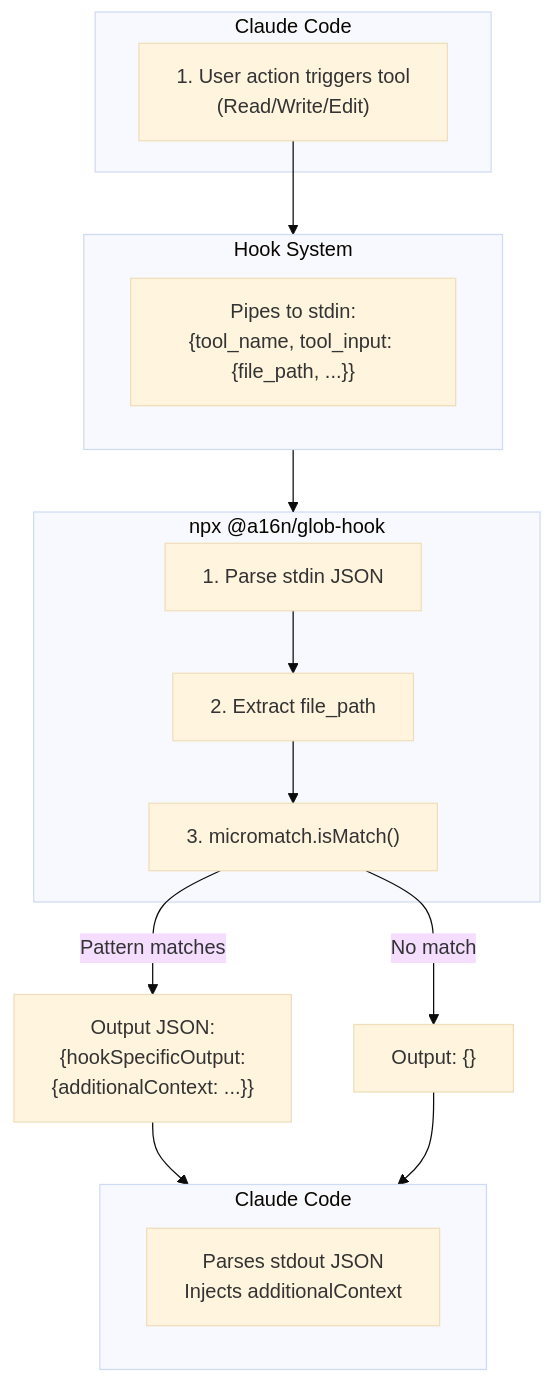
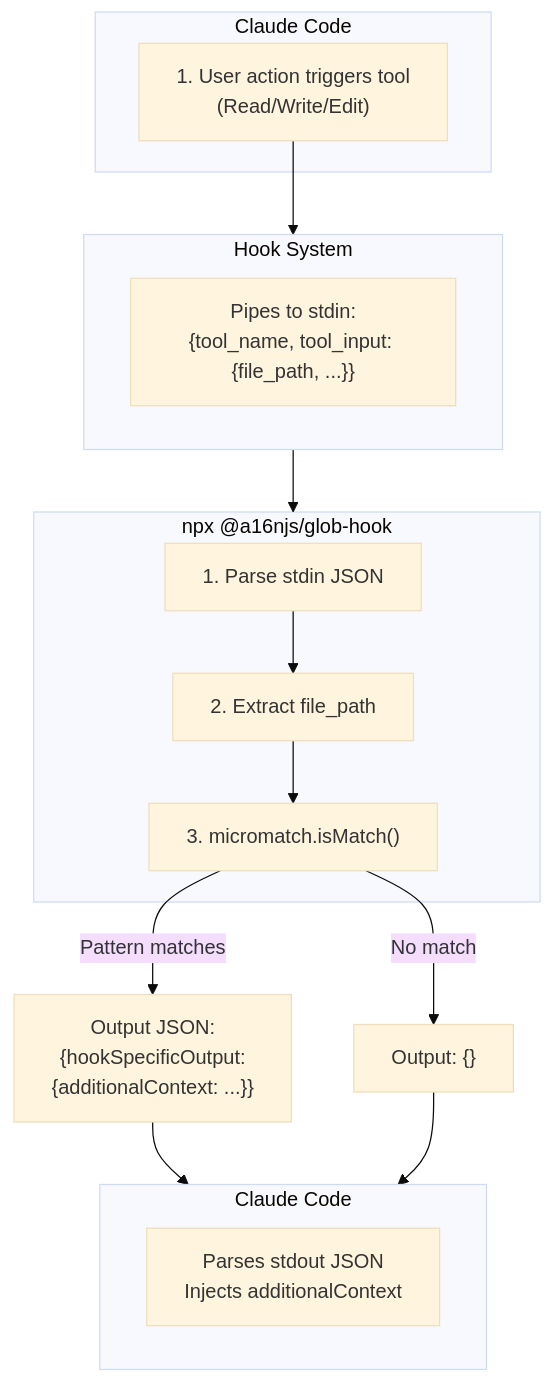
One commit to Texarkanine/a16n changed the diagram in planning/glob-hook/TECH_BRIEF.md. Above: the diagram before and after it, drawn with Mermaid (base theme). The commit also changed other lines of this file and 50 other files, not shown here.

````diff
--- a/planning/glob-hook/TECH_BRIEF.md
+++ b/planning/glob-hook/TECH_BRIEF.md
@@ -29,29 +29,29 @@
 ```mermaid
 flowchart TD
     subgraph claude1["Claude Code"]
         action["1. User action triggers tool<br/>(Read/Write/Edit)"]
     end
     
     subgraph hooks["Hook System"]
         pipe["Pipes to stdin:<br/>{tool_name, tool_input: {file_path, ...}}"]
     end
     
-    subgraph globhook["npx @a16n/glob-hook"]
+    subgraph globhook["npx @a16njs/glob-hook"]
         parse["1. Parse stdin JSON"]
         extract["2. Extract file_path"]
         check["3. micromatch.isMatch()"]
         parse --> extract --> check
     end
     
     check -->|"Pattern matches"| matchOut["Output JSON:<br/>{hookSpecificOutput:<br/>{additionalContext: ...}}"]
     check -->|"No match"| noMatch["Output: {}"]
     
     subgraph claude2["Claude Code"]
         inject["Parses stdout JSON<br/>Injects additionalContext"]
     end
     
     action --> hooks
     hooks --> globhook
     matchOut --> claude2
     noMatch --> claude2
 ```
````
